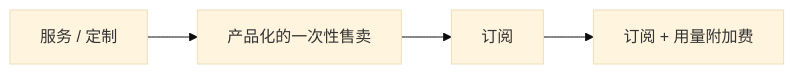
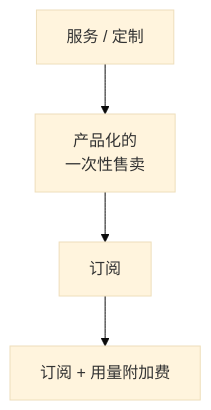
The second of 2 diagrams in books/pricing-monetization/01-business-models.md (jarvis-pro/hatch-shelf), drawn with Mermaid (base theme) before and after one commit. The commit also changed other lines of this file and 432 other files, not shown here.

````diff
--- a/books/pricing-monetization/01-business-models.md
+++ b/books/pricing-monetization/01-business-models.md
@@ -106,6 +106,6 @@
 ```mermaid
-flowchart LR
-  A["服务 / 定制"] --> B["产品化的一次性售卖"]
+flowchart TD
+  A["服务 / 定制"] --> B["产品化的<br/>一次性售卖"]
   B --> C["订阅"]
   C --> D["订阅 + 用量附加费"]
 ```
````
